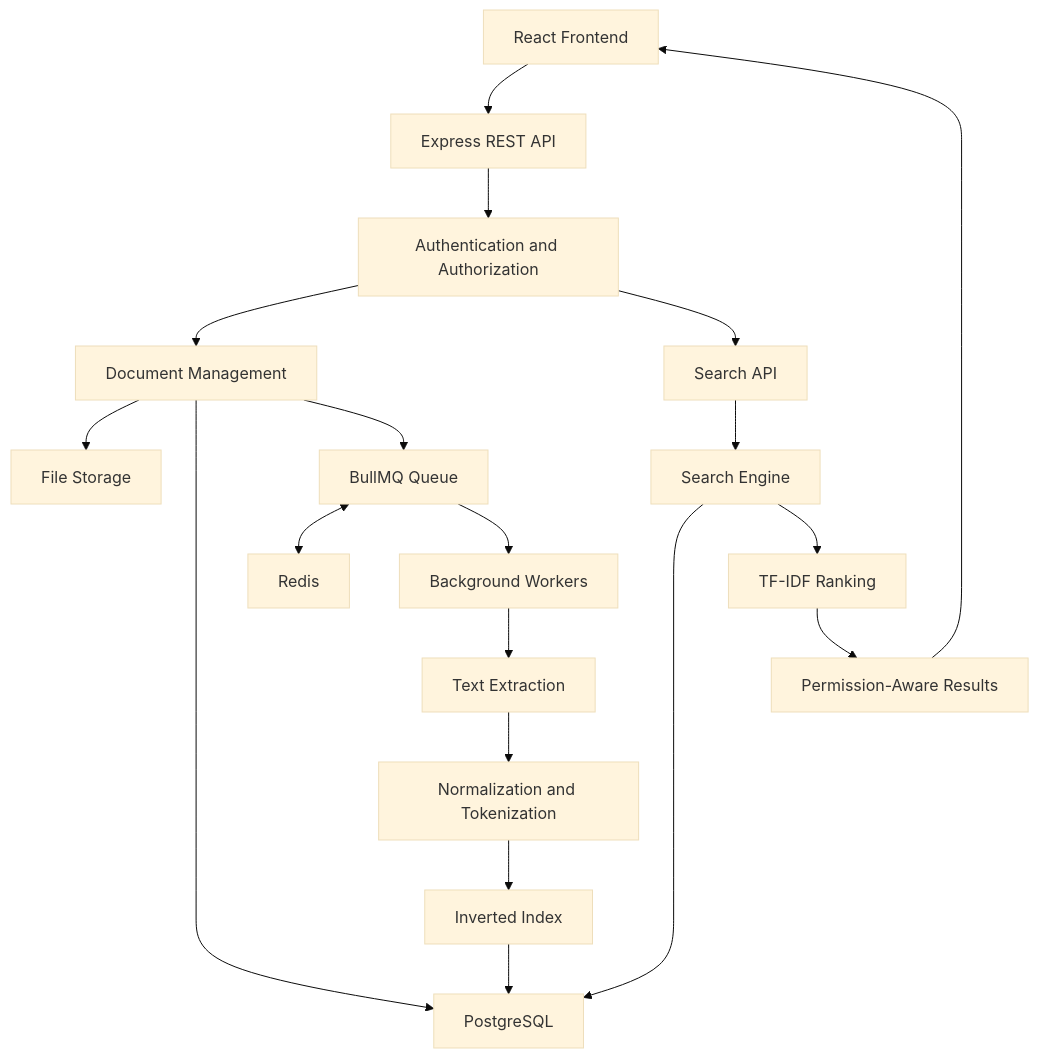
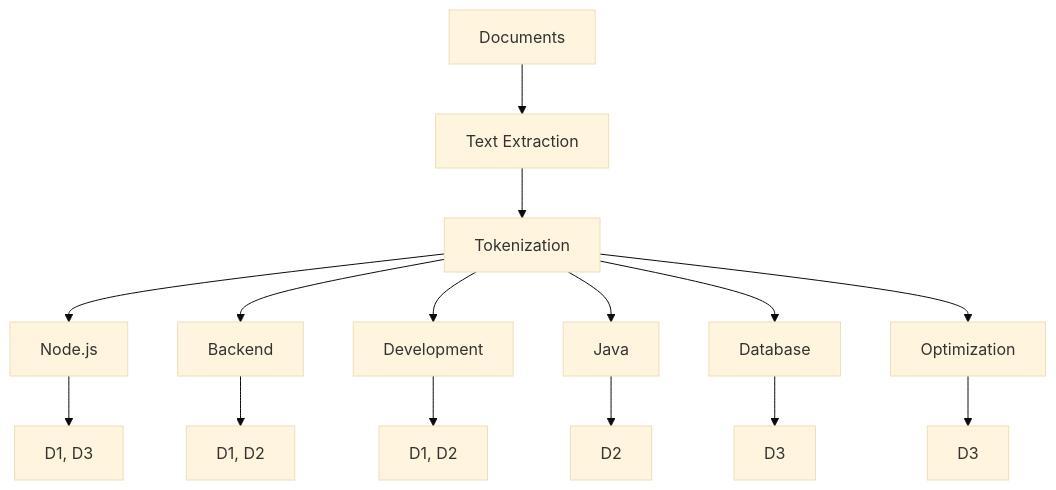
The fourth of 12 diagrams in README.md (786-JIYA/SearchForge), drawn with Mermaid (base theme) before and after one commit. The commit also changed other lines of this file, not shown here.

````diff
--- a/README.md
+++ b/README.md
@@ -121,27 +319,19 @@
 ```mermaid
 flowchart TD
-    A[React Frontend] --> B[Express REST API]
+    A[Documents] --> B[Text Extraction]
+    B --> C[Tokenization]
 
-    B --> C[Authentication and Authorization]
-    C --> D[Document Management]
-    C --> E[Search API]
+    C --> D[Node.js]
+    C --> E[Backend]
+    C --> F[Development]
+    C --> G[Java]
+    C --> H[Database]
+    C --> I[Optimization]
 
-    D --> F[File Storage]
-    D --> G[PostgreSQL]
-    D --> H[BullMQ Queue]
-
-    H <--> I[Redis]
-    H --> J[Background Workers]
-
-    J --> K[Text Extraction]
-    K --> L[Normalization and Tokenization]
-    L --> M[Inverted Index]
-
-    M --> G
-
-    E --> N[Search Engine]
-    N --> G
-    N --> O[TF-IDF Ranking]
-    O --> P[Permission-Aware Results]
-    P --> A
+    D --> J[D1, D3]
+    E --> K[D1, D2]
+    F --> L[D1, D2]
+    G --> M[D2]
+    H --> N[D3]
+    I --> O[D3]
 ```
````
